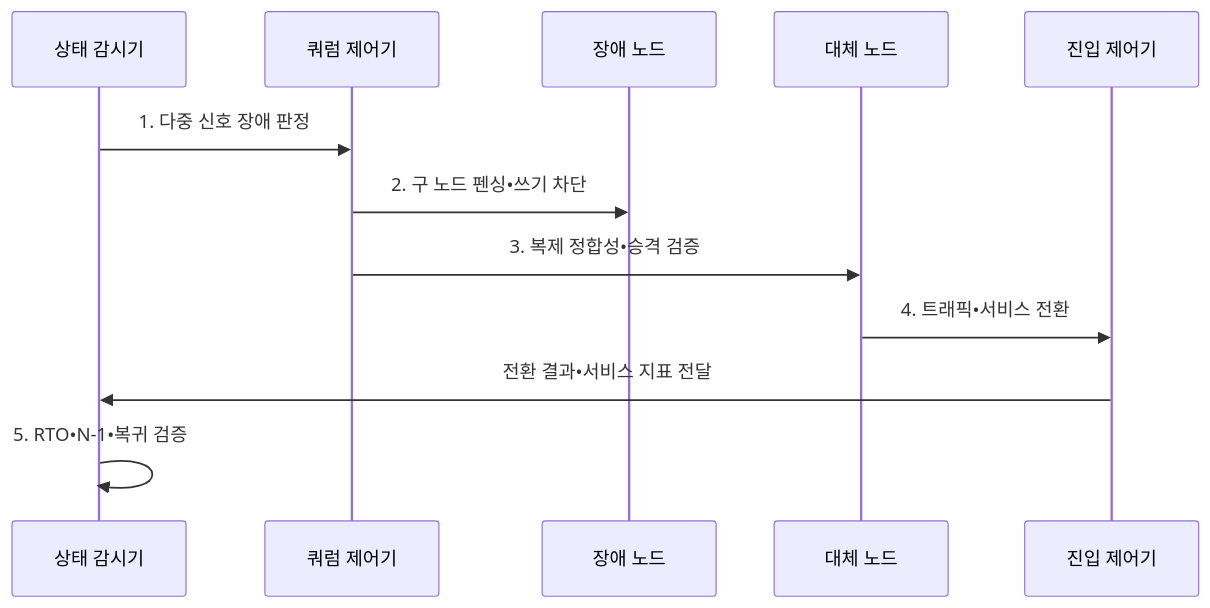
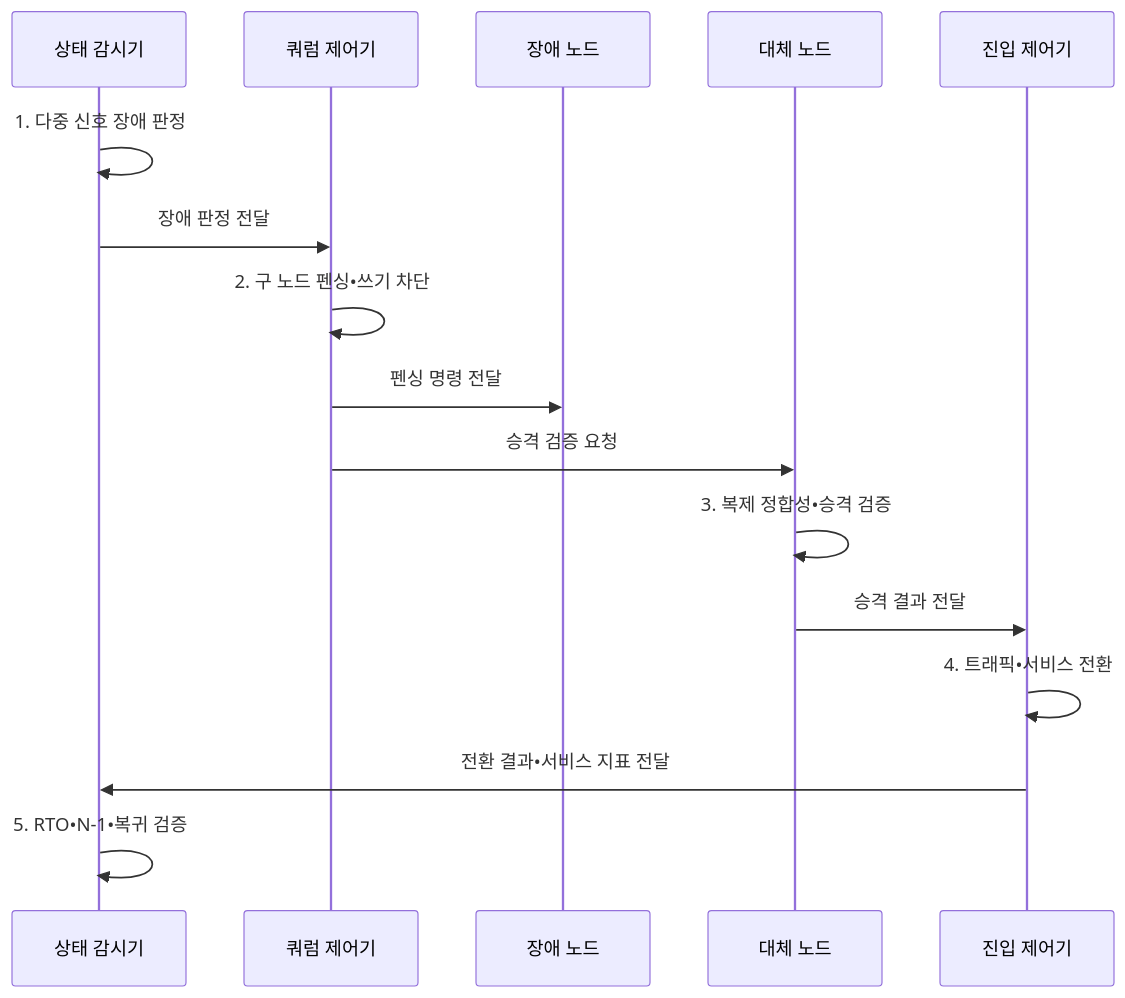
The second of 2 diagrams in src/content/docs/notes/06-evaluation/017_high_availability_architecture.md (agnusdei1207/knowledge-base), drawn with Mermaid before and after one commit. The commit also changed other lines of this file and 20 other files, not shown here.

````diff
--- a/src/content/docs/notes/06-evaluation/017_high_availability_architecture.md
+++ b/src/content/docs/notes/06-evaluation/017_high_availability_architecture.md
@@ -101,14 +101,18 @@
 ```mermaid
 sequenceDiagram
   participant M as 상태 감시기
   participant Q as 쿼럼 제어기
   participant F as 장애 노드
   participant S as 대체 노드
   participant L as 진입 제어기
-  M->>Q: 1. 다중 신호 장애 판정
-  Q->>F: 2. 구 노드 펜싱•쓰기 차단
-  Q->>S: 3. 복제 정합성•승격 검증
-  S->>L: 4. 트래픽•서비스 전환
+  M->>M: 1. 다중 신호 장애 판정
+  M->>Q: 장애 판정 전달
+  Q->>Q: 2. 구 노드 펜싱•쓰기 차단
+  Q->>F: 펜싱 명령 전달
+  Q->>S: 승격 검증 요청
+  S->>S: 3. 복제 정합성•승격 검증
+  S->>L: 승격 결과 전달
+  L->>L: 4. 트래픽•서비스 전환
   L->>M: 전환 결과•서비스 지표 전달
   M->>M: 5. RTO•N-1•복귀 검증
 ```
````
